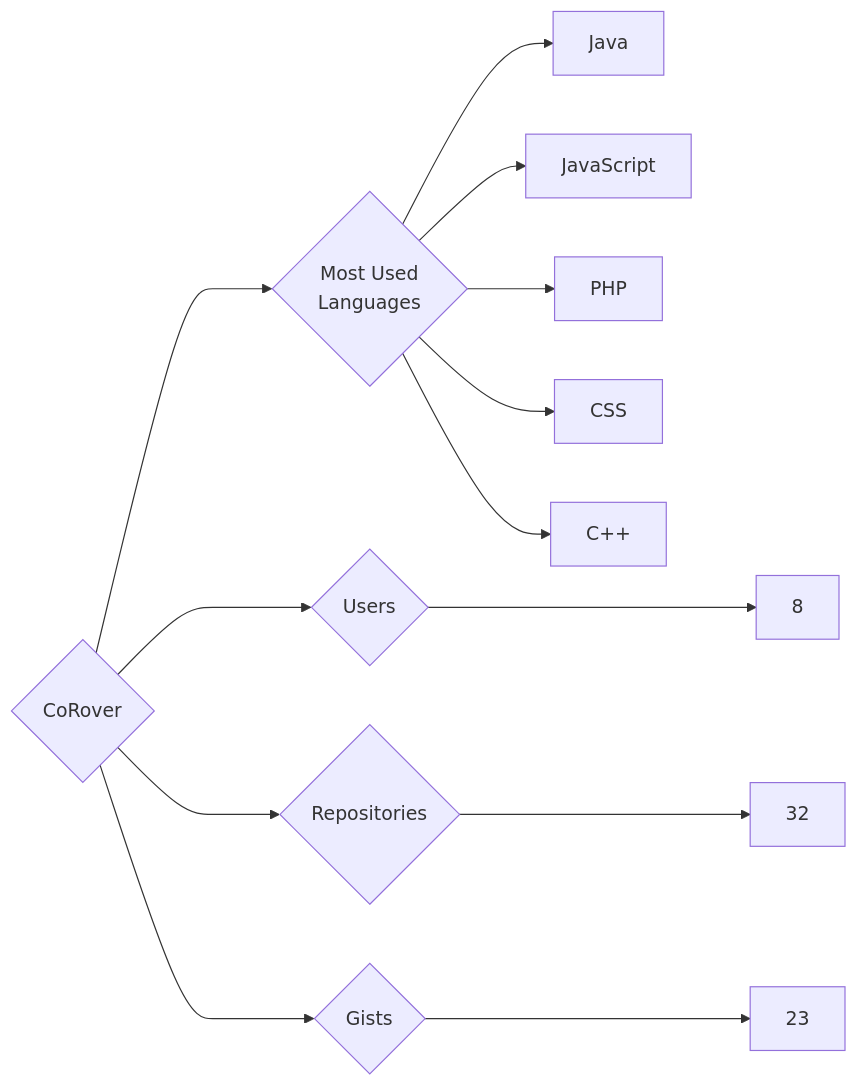
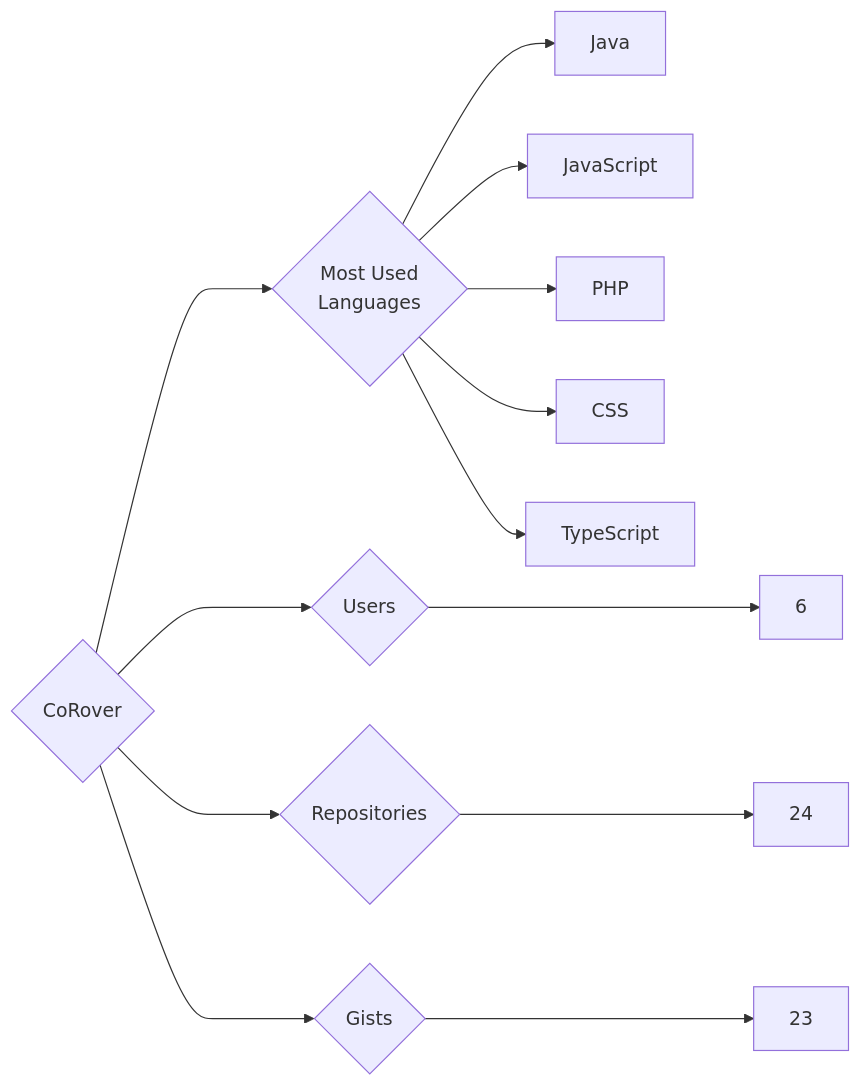
Before and after one commit to trickest/insiders: the diagram in targets/CoRover/README.md, drawn with Mermaid. The commit also changed 993 other files, not shown here.

````diff
--- a/targets/CoRover/README.md
+++ b/targets/CoRover/README.md
@@ -3,13 +3,13 @@
 ```mermaid
 graph LR
 COMPANY_NAME{CoRover}
-COMPANY_NAME ---> U{Users} ---> UN[8]
-COMPANY_NAME ---> R{Repositories} ---> RN[32]
+COMPANY_NAME ---> U{Users} ---> UN[6]
+COMPANY_NAME ---> R{Repositories} ---> RN[24]
 COMPANY_NAME ---> G{Gists} ---> GN[23]
 COMPANY_NAME ---> ML{Most Used<br>Languages}
 ML --> Java[Java]
 ML --> JavaScript[JavaScript]
 ML --> PHP[PHP]
 ML --> CSS[CSS]
-ML --> C++[C++]
+ML --> TypeScript[TypeScript]
 ```
````
